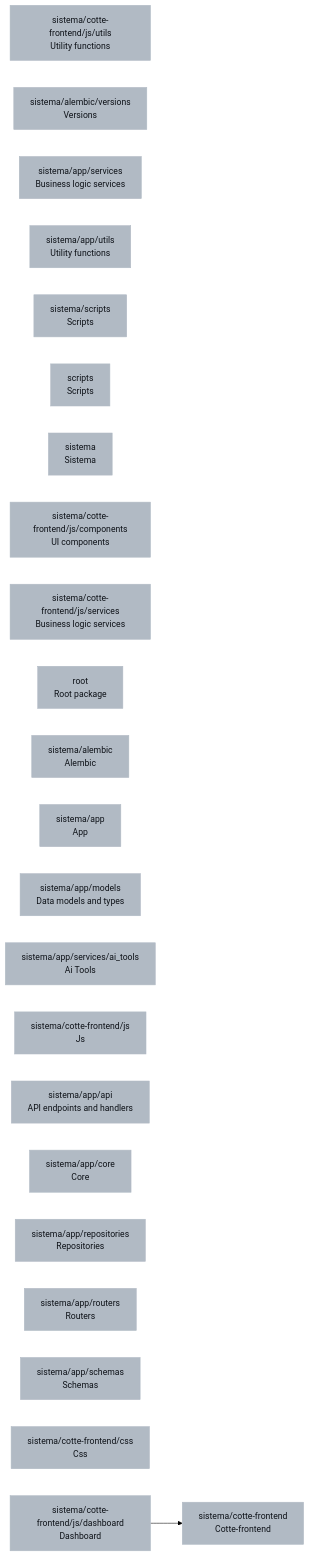
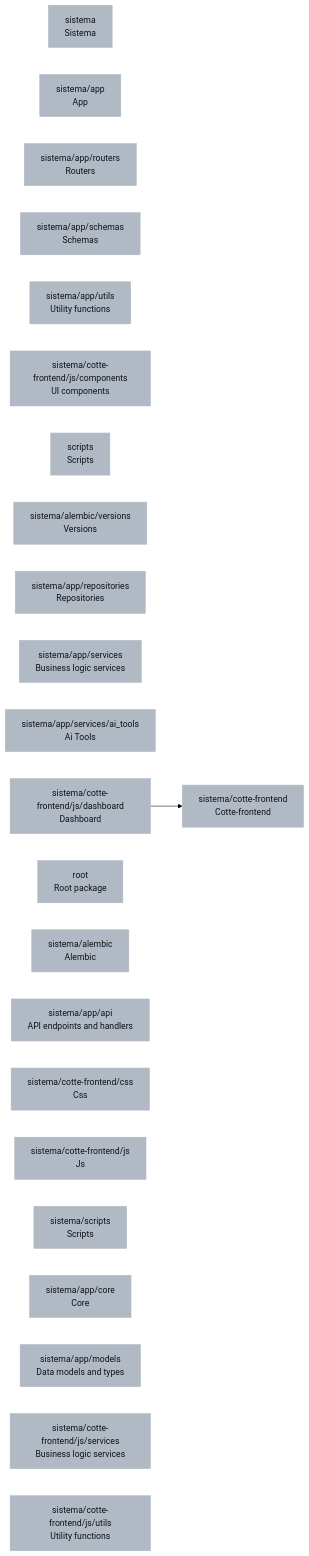
Before and after one commit to gersonkraus/cotte.app: the diagram in DEPENDENCIES.md, drawn with Mermaid (forest theme). The commit also changed other lines of this file and 2 other files, not shown here.

````diff
--- a/DEPENDENCIES.md
+++ b/DEPENDENCIES.md
@@ -5,29 +5,29 @@
 ```mermaid
 graph LR
   classDef javascript fill:#c9d1d9,color:#0d1117,stroke:#c9d1d9
   classDef python fill:#b1bac4,color:#0d1117,stroke:#b1bac4
-  sistema_cotte_frontend_js_utils["sistema/cotte-frontend/js/utils<br/>Utility functions"]:::python
-  sistema_alembic_versions["sistema/alembic/versions<br/>Versions"]:::python
-  sistema_app_services["sistema/app/services<br/>Business logic services"]:::python
+  sistema["sistema<br/>Sistema"]:::python
+  sistema_app["sistema/app<br/>App"]:::python
+  sistema_app_routers["sistema/app/routers<br/>Routers"]:::python
+  sistema_app_schemas["sistema/app/schemas<br/>Schemas"]:::python
   sistema_app_utils["sistema/app/utils<br/>Utility functions"]:::python
   sistema_cotte_frontend["sistema/cotte-frontend<br/>Cotte-frontend"]:::python
-  sistema_scripts["sistema/scripts<br/>Scripts"]:::python
+  sistema_cotte_frontend_js_components["sistema/cotte-frontend/js/components<br/>UI components"]:::python
   scripts["scripts<br/>Scripts"]:::python
-  sistema["sistema<br/>Sistema"]:::python
-  sistema_cotte_frontend_js_components["sistema/cotte-frontend/js/components<br/>UI components"]:::python
-  sistema_cotte_frontend_js_services["sistema/cotte-frontend/js/services<br/>Business logic services"]:::python
+  sistema_alembic_versions["sistema/alembic/versions<br/>Versions"]:::python
+  sistema_app_repositories["sistema/app/repositories<br/>Repositories"]:::python
+  sistema_app_services["sistema/app/services<br/>Business logic services"]:::python
+  sistema_app_services_ai_tools["sistema/app/services/ai_tools<br/>Ai Tools"]:::python
+  sistema_cotte_frontend_js_dashboard["sistema/cotte-frontend/js/dashboard<br/>Dashboard"]:::python
   root["root<br/>Root package"]:::python
   sistema_alembic["sistema/alembic<br/>Alembic"]:::python
-  sistema_app["sistema/app<br/>App"]:::python
+  sistema_app_api["sistema/app/api<br/>API endpoints and handlers"]:::python
+  sistema_cotte_frontend_css["sistema/cotte-frontend/css<br/>Css"]:::python
+  sistema_cotte_frontend_js["sistema/cotte-frontend/js<br/>Js"]:::python
+  sistema_scripts["sistema/scripts<br/>Scripts"]:::python
+  sistema_app_core["sistema/app/core<br/>Core"]:::python
   sistema_app_models["sistema/app/models<br/>Data models and types"]:::python
-  sistema_app_services_ai_tools["sistema/app/services/ai_tools<br/>Ai Tools"]:::python
-  sistema_cotte_frontend_js["sistema/cotte-frontend/js<br/>Js"]:::python
-  sistema_app_api["sistema/app/api<br/>API endpoints and handlers"]:::python
-  sistema_app_core["sistema/app/core<br/>Core"]:::python
-  sistema_app_repositories["sistema/app/repositories<br/>Repositories"]:::python
-  sistema_app_routers["sistema/app/routers<br/>Routers"]:::python
-  sistema_app_schemas["sistema/app/schemas<br/>Schemas"]:::python
-  sistema_cotte_frontend_css["sistema/cotte-frontend/css<br/>Css"]:::python
-  sistema_cotte_frontend_js_dashboard["sistema/cotte-frontend/js/dashboard<br/>Dashboard"]:::python
+  sistema_cotte_frontend_js_services["sistema/cotte-frontend/js/services<br/>Business logic services"]:::python
+  sistema_cotte_frontend_js_utils["sistema/cotte-frontend/js/utils<br/>Utility functions"]:::python
   sistema_cotte_frontend_js_dashboard --> sistema_cotte_frontend
 ```
````
